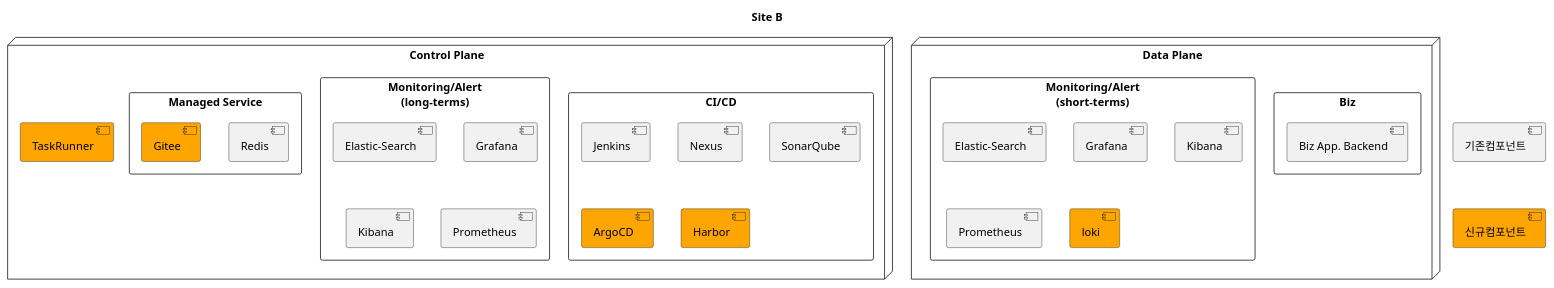
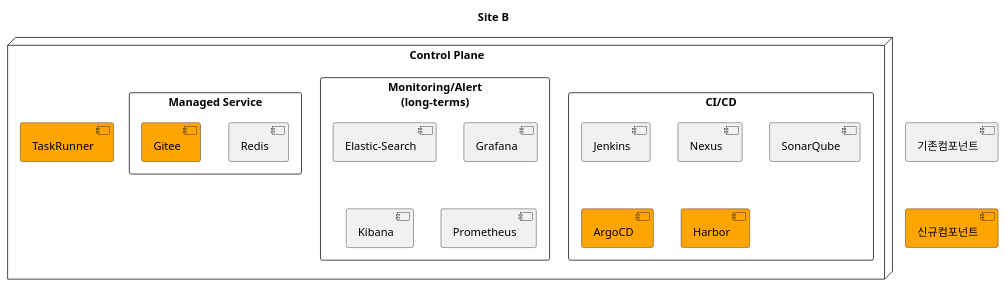
The second of 7 diagrams in docs/src/multi-cloud/diagram.md (kloudbank/htdp1.github.io), drawn with PlantUML before and after one commit. The commit also changed other lines of this file, not shown here.

```diff
--- a/docs/src/multi-cloud/diagram.md
+++ b/docs/src/multi-cloud/diagram.md
@@ -31,43 +32,30 @@
 @startuml
 
-scale 1
 title "Site B"
 
 [기존컴포넌트] as old
 [신규컴포넌트] as new #orange
 old -[hidden]d-> new
 
 node "Control Plane" as bcp {
     rectangle "CI/CD" as bcp_cicd {
         [Jenkins] as bcp_cicd_jenkins
         [Nexus] as bcp_cicd_nexus
         [SonarQube] as bcp_cicd_sonarqube
         [ArgoCD] as bcp_cicd_argocd #orange
         [Harbor] as bcp_cicd_harbor #orange
     }
     rectangle "Monitoring/Alert\n(long-terms)" as bcp_mon {
         [Elastic-Search] as bcp_mon_elk
         [Grafana] as bcp_mon_grafana
         [Kibana] as bcp_mon_kibana
         [Prometheus] as bcp_mon_prometheus
     }
     rectangle "Managed Service" as bcp_mananged {
         [Redis] as bcp_mananged_redis
         [Gitee] as bcp_mananged_gitee #orange
     }
     [TaskRunner] as bcp_cicd_taskruuner #orange
 }
 
-node "Data Plane" as dcp {
-    rectangle "Biz" as bdp_bz {
-        [Biz App. Backend] as bdp_bz_app
-    }
-    rectangle "Monitoring/Alert\n(short-terms)" as bdp_mon {
-        [Elastic-Search] as bdp_mon_elk
-        [Grafana] as bdp_mon_grafana
-        [Kibana] as bdp_mon_kibana
-        [Prometheus] as bdp_mon_prometheus
-        [loki] as dbp_mon_loki #orange
-    }
-}
 @enduml
```
